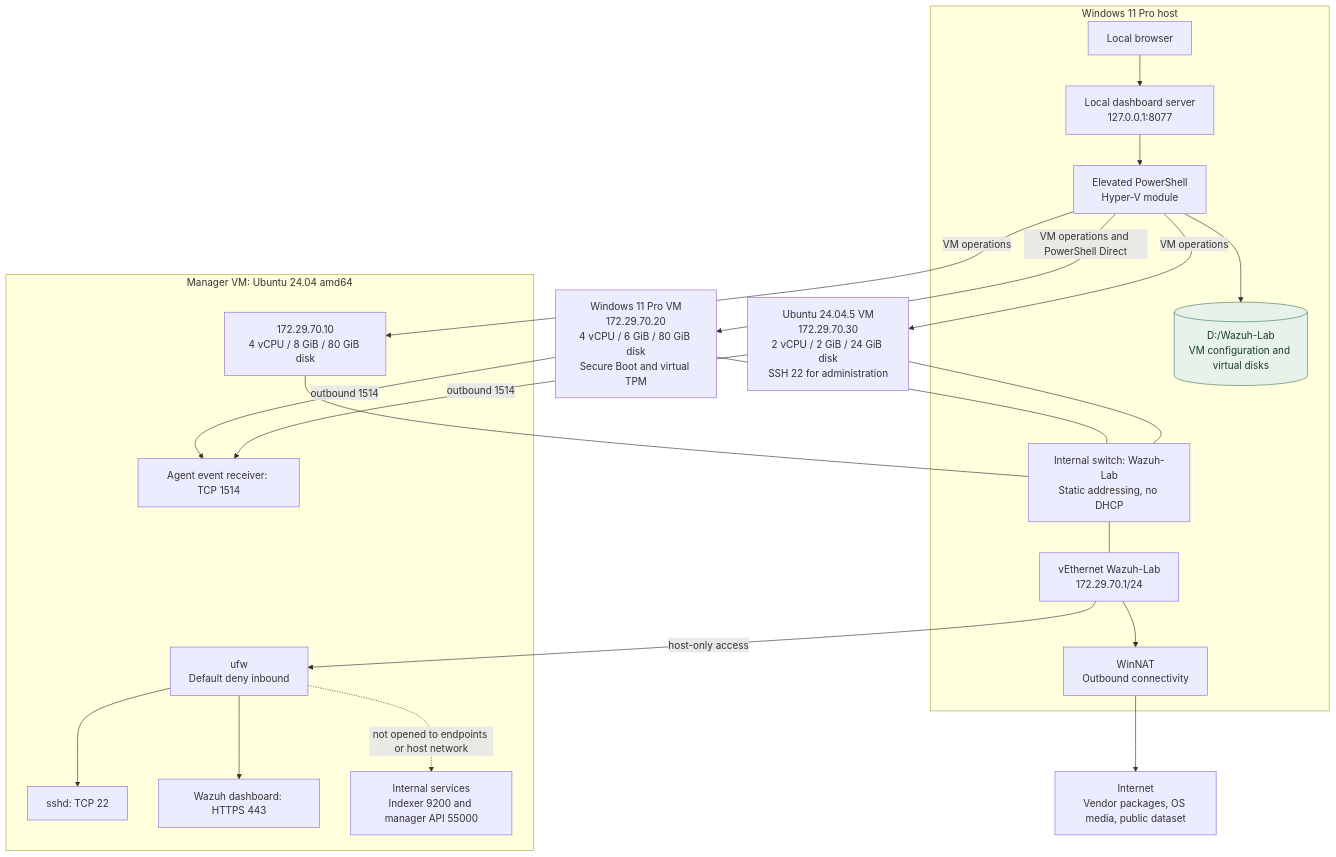
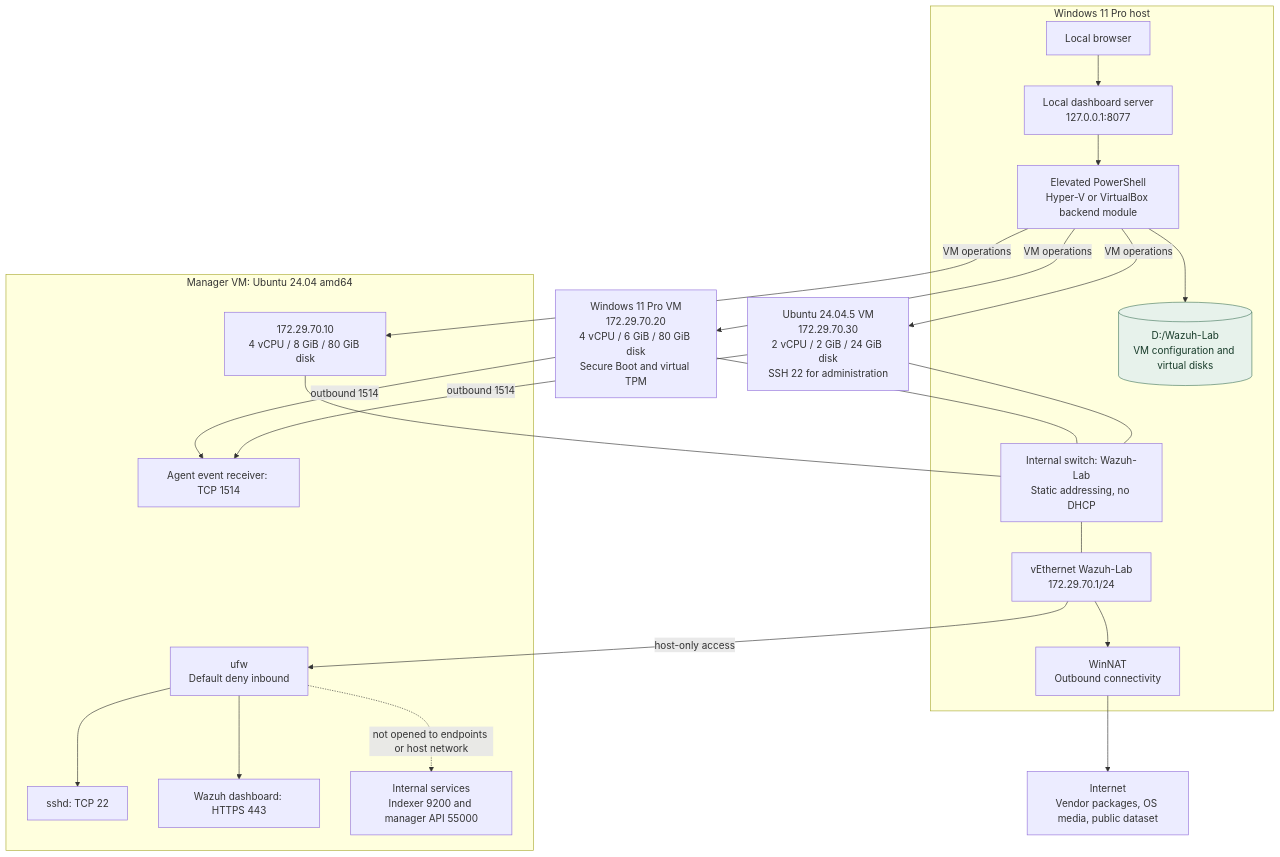
Before and after one commit to koustubs/wazuh-mitre-attack-lab: the diagram in docs/architecture/02-deployment-networks-and-trust-boundaries.mmd, drawn with Mermaid. The commit also changed 9 other files, not shown here.

First line of the commit message:
Write the architecture diagrams from one source instead of three

```diff
--- a/docs/architecture/02-deployment-networks-and-trust-boundaries.mmd
+++ b/docs/architecture/02-deployment-networks-and-trust-boundaries.mmd
@@ -1,39 +1,39 @@
 flowchart TB
     INTERNET["Internet<br/>Vendor packages, OS media, public dataset"]
     subgraph HOST["Windows 11 Pro host"]
         BROWSER["Local browser"]
         HOSTAPI["Local dashboard server<br/>127.0.0.1:8077"]
-        ADMIN["Elevated PowerShell<br/>Hyper-V module"]
+        ADMIN["Elevated PowerShell<br/>Hyper-V or VirtualBox backend module"]
         DISKS[("D:/Wazuh-Lab<br/>VM configuration and virtual disks")]
         GW["vEthernet Wazuh-Lab<br/>172.29.70.1/24"]
         NAT["WinNAT<br/>Outbound connectivity"]
         SW["Internal switch: Wazuh-Lab<br/>Static addressing, no DHCP"]
     end
     subgraph MVM["Manager VM: Ubuntu 24.04 amd64"]
         FW["ufw<br/>Default deny inbound"]
         MS["172.29.70.10<br/>4 vCPU / 8 GiB / 80 GiB disk"]
         SSH["sshd: TCP 22"]
         WEB["Wazuh dashboard: HTTPS 443"]
         EVENTS["Agent event receiver: TCP 1514"]
         LOCAL["Internal services<br/>Indexer 9200 and manager API 55000"]
     end
     WVM["Windows 11 Pro VM<br/>172.29.70.20<br/>4 vCPU / 6 GiB / 80 GiB disk<br/>Secure Boot and virtual TPM"]
     LVM["Ubuntu 24.04.5 VM<br/>172.29.70.30<br/>2 vCPU / 2 GiB / 24 GiB disk<br/>SSH 22 for administration"]
     BROWSER --> HOSTAPI
     HOSTAPI --> ADMIN
     ADMIN -->|VM operations| MS
-    ADMIN -->|VM operations and PowerShell Direct| WVM
+    ADMIN -->|VM operations| WVM
     ADMIN -->|VM operations| LVM
     ADMIN --> DISKS
     SW --- GW --> NAT --> INTERNET
     MS --- SW
     WVM --- SW
     LVM --- SW
     GW -->|host-only access| FW
     FW --> SSH
     FW --> WEB
     WVM -->|outbound 1514| EVENTS
     LVM -->|outbound 1514| EVENTS
     FW -.->|not opened to endpoints or host network| LOCAL
     classDef store fill:#e7f2eb,stroke:#487b60,color:#173b29
     class DISKS store
```
